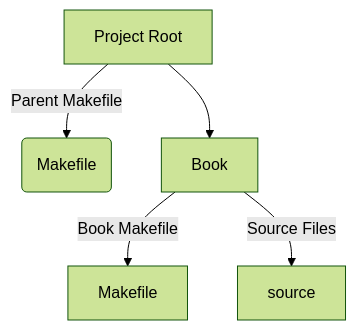
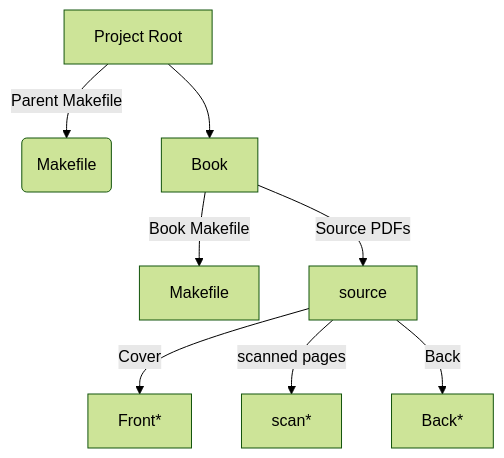
Before and after one commit to vgoehler/DiAgnostiK-DigitalBooks: the diagram in README.md, drawn with Mermaid (forest theme).

````diff
--- a/README.md
+++ b/README.md
@@ -47,7 +47,10 @@
 ```mermaid
 graph TD;
     A[Project Root] -->|Parent Makefile| B(Makefile)
     A --> C[Book]
     C -->|Book Makefile| D[Makefile]
-    C -->|Source Files| E[source]
+    C -->|Source PDFs| E[source]
+    E -->|Cover| F[Front*]
+    E -->|scanned pages| G[scan*]
+    E -->|Back| H[Back*]
 ```
````
